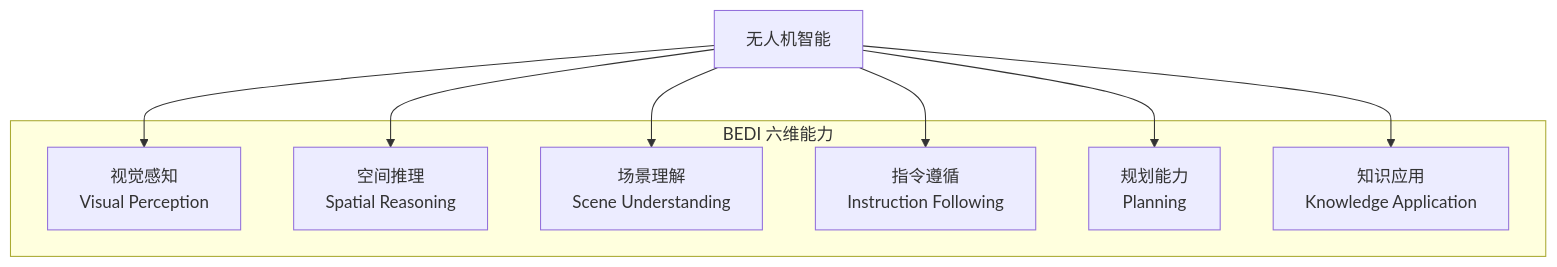
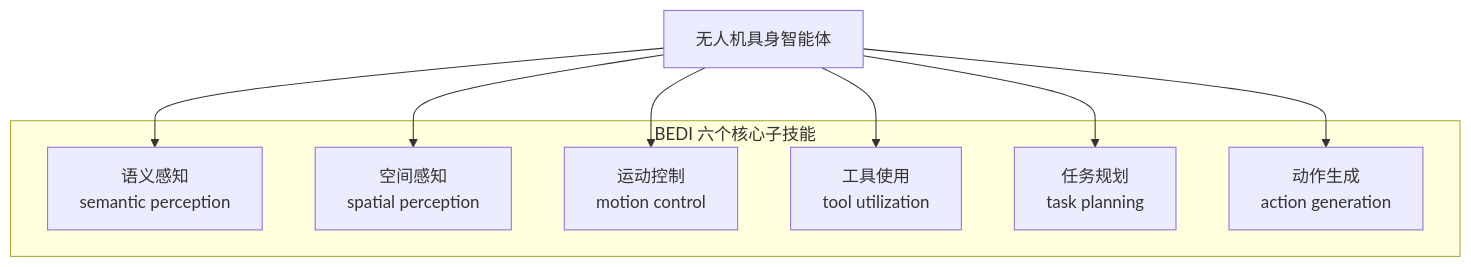
The fourth of 6 diagrams in docs/04-VLM专题/02-无人机场景理解.md (Qxy661/UAV-WM-VLA-Learning), drawn with Mermaid before and after one commit. The commit also changed other lines of this file and 53 other files, not shown here.

````diff
--- a/docs/04-VLM专题/02-无人机场景理解.md
+++ b/docs/04-VLM专题/02-无人机场景理解.md
@@ -147,18 +163,18 @@
 ```mermaid
 graph TB
-    subgraph BEDI 六维能力
-        A1[视觉感知<br/>Visual Perception]
-        A2[空间推理<br/>Spatial Reasoning]
-        A3[场景理解<br/>Scene Understanding]
-        A4[指令遵循<br/>Instruction Following]
-        A5[规划能力<br/>Planning]
-        A6[知识应用<br/>Knowledge Application]
+    subgraph BEDI 六个核心子技能
+        A1[语义感知<br/>semantic perception]
+        A2[空间感知<br/>spatial perception]
+        A3[运动控制<br/>motion control]
+        A4[工具使用<br/>tool utilization]
+        A5[任务规划<br/>task planning]
+        A6[动作生成<br/>action generation]
     end
     
-    B[无人机智能] --> A1
+    B[无人机具身智能体] --> A1
     B --> A2
     B --> A3
     B --> A4
     B --> A5
     B --> A6
 ```
````
